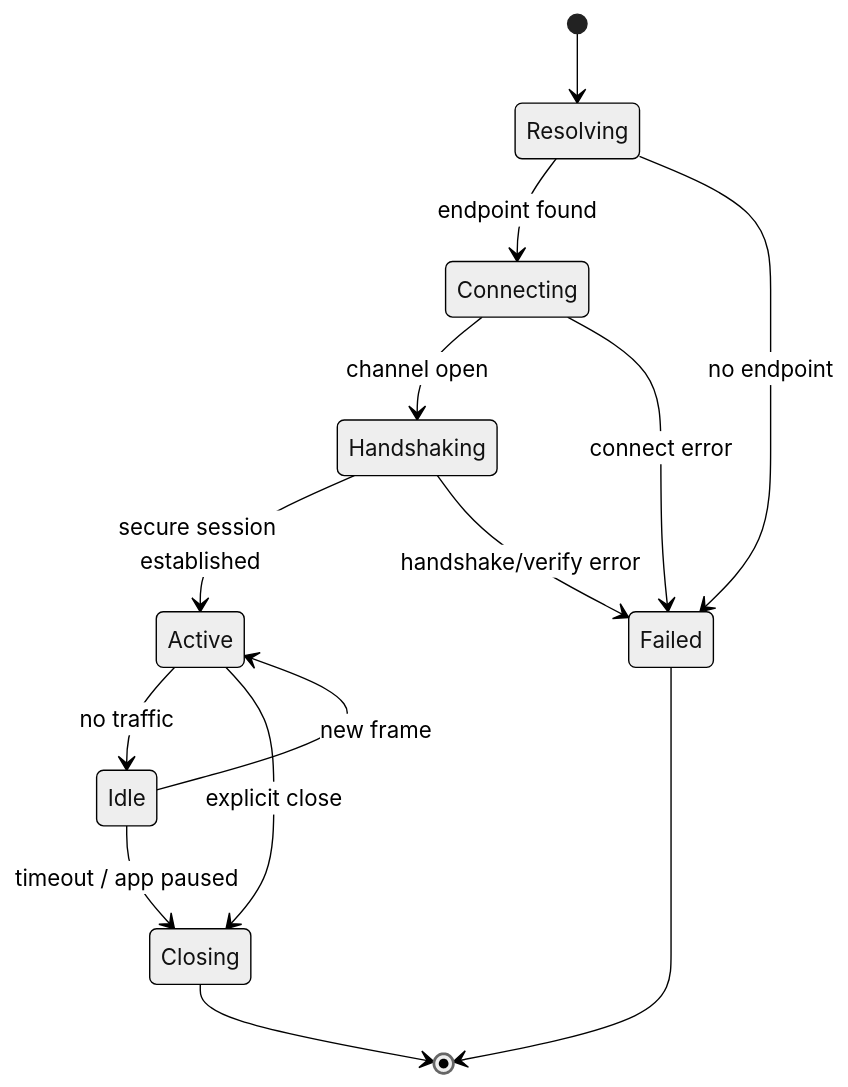
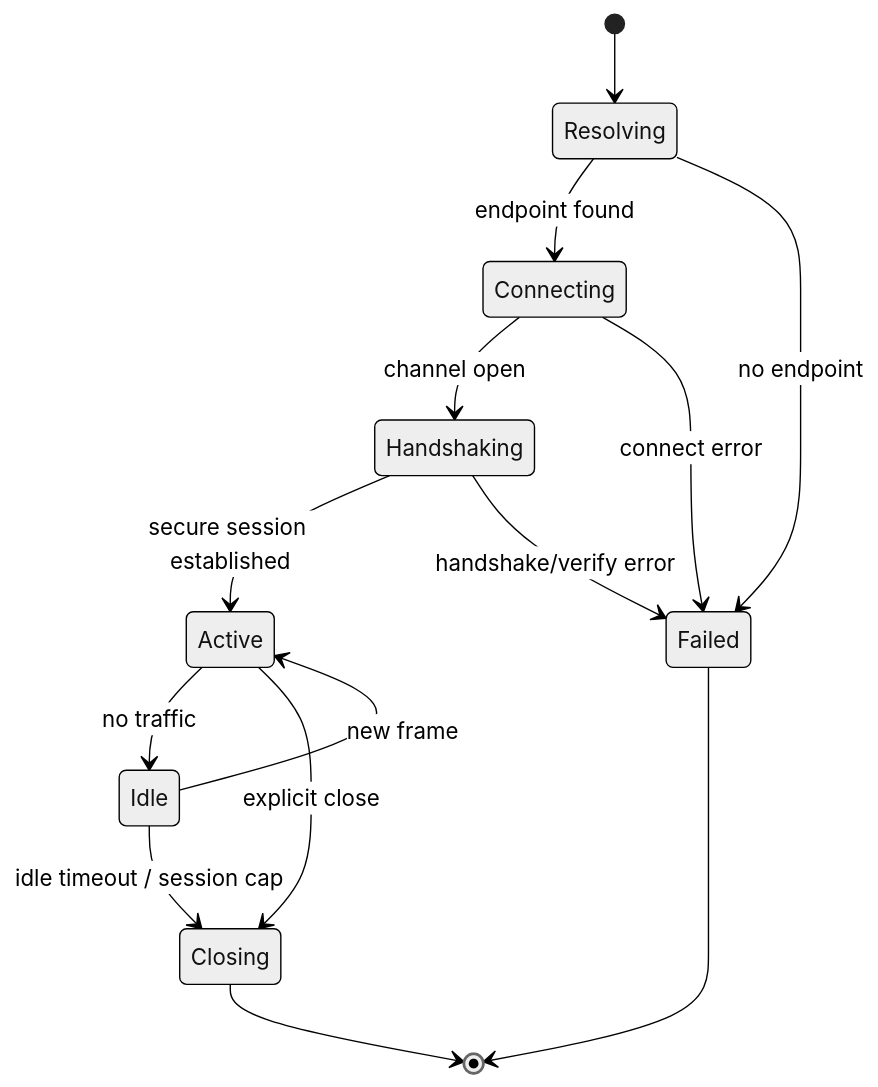
One commit to 0xAsghar/vMessenger changed the third of 3 diagrams in docs/Network.md. Above: the diagram before and after it, drawn with Mermaid (neutral theme). The commit also changed other lines of this file and 16 other files, not shown here.

````diff
--- a/docs/Network.md
+++ b/docs/Network.md
@@ -229,16 +257,16 @@
 ```mermaid
 stateDiagram-v2
   [*] --> Resolving
   Resolving --> Connecting: endpoint found
   Resolving --> Failed: no endpoint
   Connecting --> Handshaking: channel open
   Connecting --> Failed: connect error
   Handshaking --> Active: secure session established
   Handshaking --> Failed: handshake/verify error
   Active --> Idle: no traffic
   Idle --> Active: new frame
-  Idle --> Closing: timeout / app paused
+  Idle --> Closing: idle timeout / session cap
   Active --> Closing: explicit close
   Closing --> [*]
   Failed --> [*]
 ```
````
